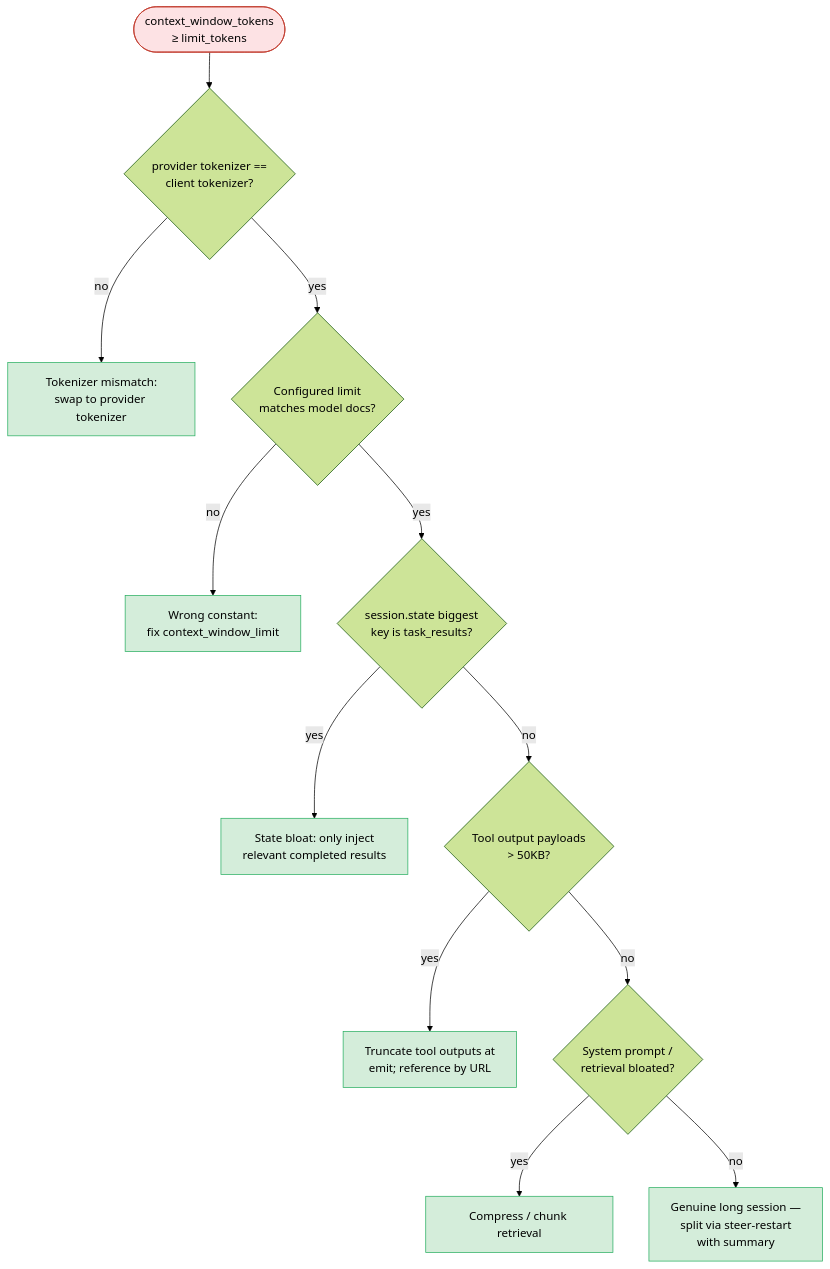
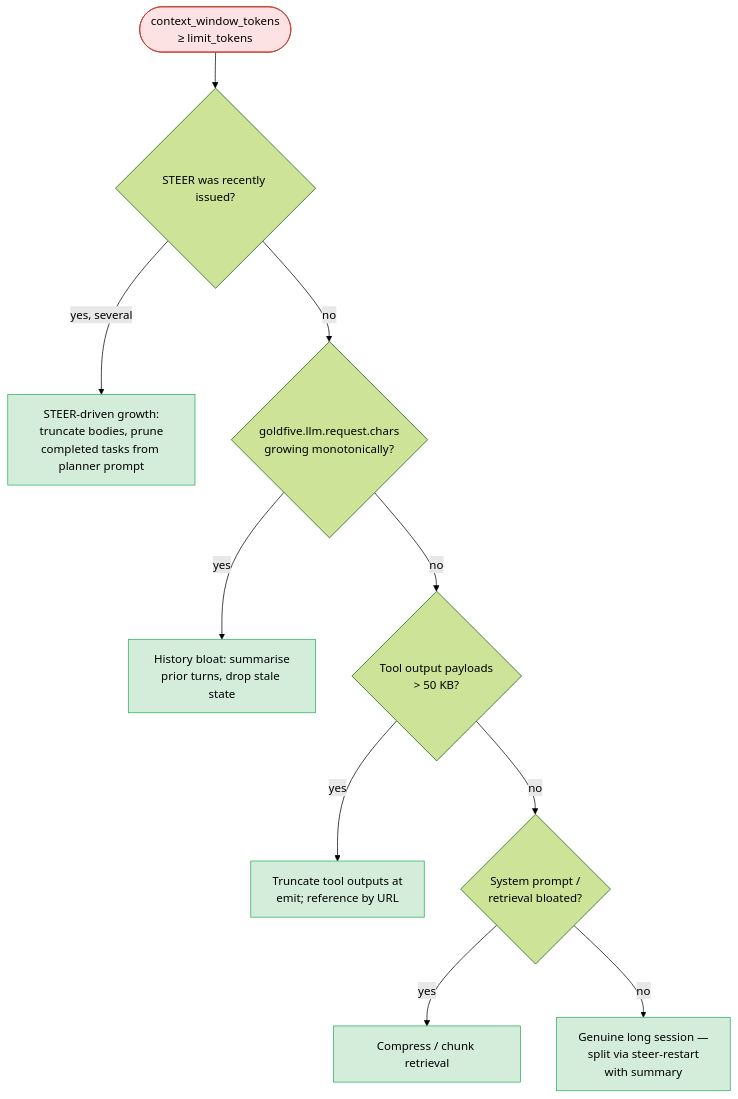
One commit to pedapudi/harmonograf changed the diagram in docs/runbooks/context-window-exceeded.md. Above: the diagram before and after it, drawn with Mermaid (forest theme). The commit also changed other lines of this file and 55 other files, not shown here.

````diff
--- a/docs/runbooks/context-window-exceeded.md
+++ b/docs/runbooks/context-window-exceeded.md
@@ -9,17 +9,15 @@
 ```mermaid
 flowchart TD
-    Start([context_window_tokens<br/>≥ limit_tokens]):::sym --> Q1{provider tokenizer ==<br/>client tokenizer?}
-    Q1 -- "no" --> F1[Tokenizer mismatch:<br/>swap to provider tokenizer]:::fix
-    Q1 -- "yes" --> Q2{Configured limit<br/>matches model docs?}
-    Q2 -- "no" --> F2[Wrong constant:<br/>fix context_window_limit]:::fix
-    Q2 -- "yes" --> Q3{session.state biggest<br/>key is task_results?}
-    Q3 -- "yes" --> F3[State bloat: only inject<br/>relevant completed results]:::fix
-    Q3 -- "no" --> Q4{Tool output payloads<br/>> 50KB?}
-    Q4 -- "yes" --> F4[Truncate tool outputs at<br/>emit; reference by URL]:::fix
-    Q4 -- "no" --> Q5{System prompt /<br/>retrieval bloated?}
-    Q5 -- "yes" --> F5[Compress / chunk retrieval]:::fix
-    Q5 -- "no" --> F6[Genuine long session —<br/>split via steer-restart<br/>with summary]:::fix
+    Start([context_window_tokens<br/>≥ limit_tokens]):::sym --> Q1{STEER was recently issued?}
+    Q1 -- "yes, several" --> F1[STEER-driven growth:<br/>truncate bodies, prune<br/>completed tasks from planner prompt]:::fix
+    Q1 -- "no" --> Q2{goldfive.llm.request.chars<br/>growing monotonically?}
+    Q2 -- "yes" --> F2[History bloat: summarise<br/>prior turns, drop stale state]:::fix
+    Q2 -- "no" --> Q3{Tool output payloads<br/>> 50 KB?}
+    Q3 -- "yes" --> F3[Truncate tool outputs at<br/>emit; reference by URL]:::fix
+    Q3 -- "no" --> Q4{System prompt /<br/>retrieval bloated?}
+    Q4 -- "yes" --> F4[Compress / chunk retrieval]:::fix
+    Q4 -- "no" --> F5[Genuine long session —<br/>split via steer-restart<br/>with summary]:::fix
 
     classDef sym fill:#fde2e4,stroke:#c0392b,color:#000
     classDef fix fill:#d4edda,stroke:#27ae60,color:#000
 ```
````
